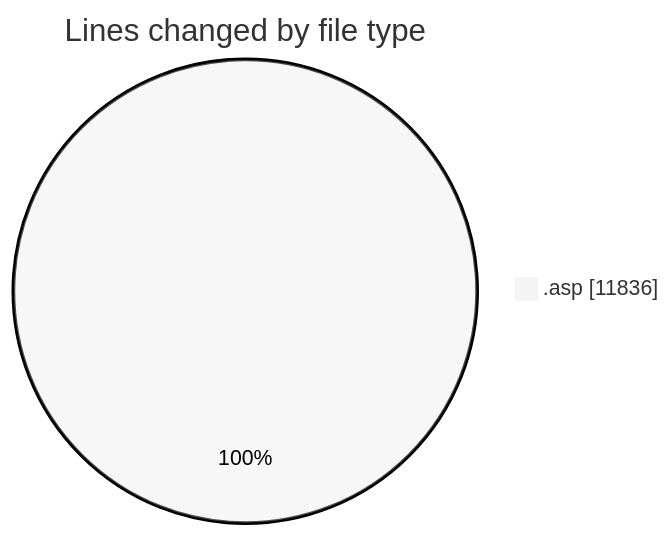
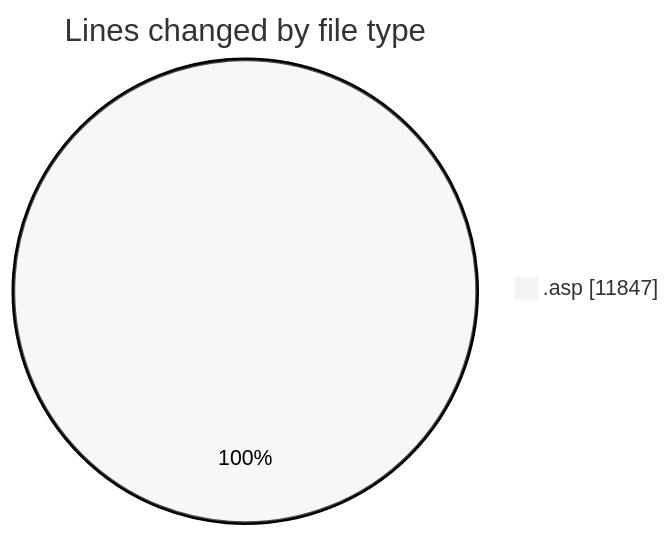
The first of 2 diagrams in 2025-11-14/cdp_aleoudev_fr__workspace_/README.md (julien-gomy/code-tracking), drawn with Mermaid (neutral theme) before and after one commit. The commit also changed other lines of this file and 1 other file, not shown here.

````diff
--- a/2025-11-14/cdp_aleoudev_fr__workspace_/README.md
+++ b/2025-11-14/cdp_aleoudev_fr__workspace_/README.md
@@ -22,5 +22,5 @@
 ```mermaid
 pie showData
 title Lines changed by file type
-".asp" : 11836
+".asp" : 11847
 ```
````
